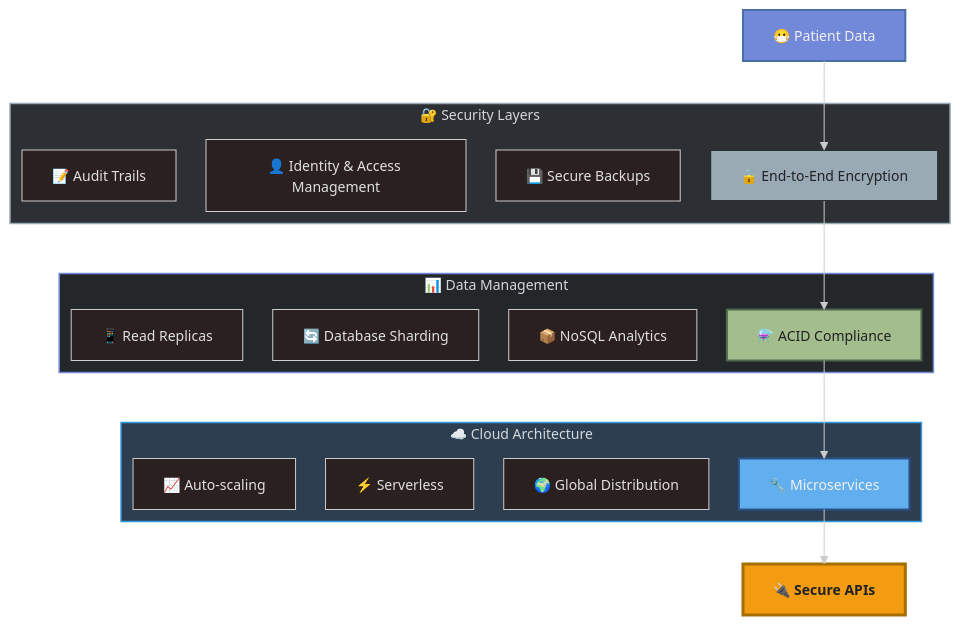
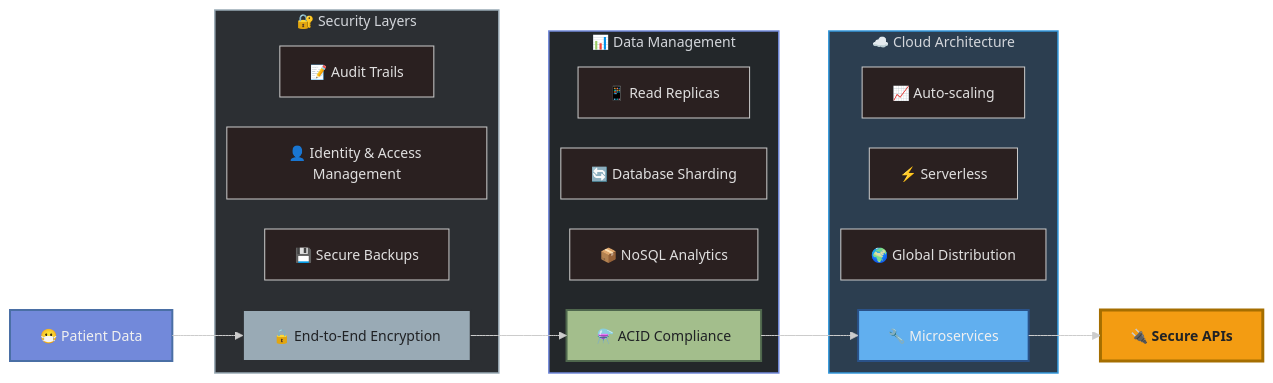
Before and after one commit to hr1juldey/FairWorks_FairDOC: diagram 11 of 20 in report.md, drawn with Mermaid. The commit also changed other lines of this file, not shown here.

````diff
--- a/report.md
+++ b/report.md
@@ -505,45 +505,45 @@
 ```mermaid
 ---
 config:
   layout: elk
   theme: neo-dark
 ---
-flowchart TD
+flowchart LR
   subgraph subGraph0["🔐 Security Layers"]
     E2E["🔒 End-to-End Encryption"]
     IAM["👤 Identity & Access Management"]
     AUDIT["📝 Audit Trails"]
     BACKUP["💾 Secure Backups"]
   end
 
   subgraph subGraph1["📊 Data Management"]
     ACID["⚗️ ACID Compliance"]
     SHARD["🔄 Database Sharding"]
     REPLICA["📱 Read Replicas"]
     NOSQL["📦 NoSQL Analytics"]
   end
 
   subgraph subGraph2["☁️ Cloud Architecture"]
     MICRO["🔧 Microservices"]
     SERVER["⚡ Serverless"]
     SCALE["📈 Auto-scaling"]
     GLOBAL["🌍 Global Distribution"]
   end
 
   Patient["😷 Patient Data"] --> E2E
   E2E --> ACID
   ACID --> MICRO
   MICRO --> API["🔌 Secure APIs"]
 
   %% Styling for dark and light mode compatibility
   style subGraph0 fill:#2c2f33,stroke:#99aab5,stroke-width:1.5px,color:#d3d6db
   style subGraph1 fill:#23272a,stroke:#7289da,stroke-width:1.5px,color:#d3d6db
   style subGraph2 fill:#2c3e50,stroke:#3498db,stroke-width:1.5px,color:#d3d6db
 
   style Patient fill:#7289da,stroke:#4a6fa5,stroke-width:2px,color:#f0f0f0
   style E2E fill:#99aab5,stroke:#2c2f33,stroke-width:2px,color:#202225
   style ACID fill:#a3be8c,stroke:#4f674d,stroke-width:2px,color:#202225
   style MICRO fill:#61afef,stroke:#2a5289,stroke-width:2px,color:#f0f0f0
   style API fill:#f39c12,stroke:#a56e00,stroke-width:3px,color:#202225,font-weight:bold
 
 ```
````
